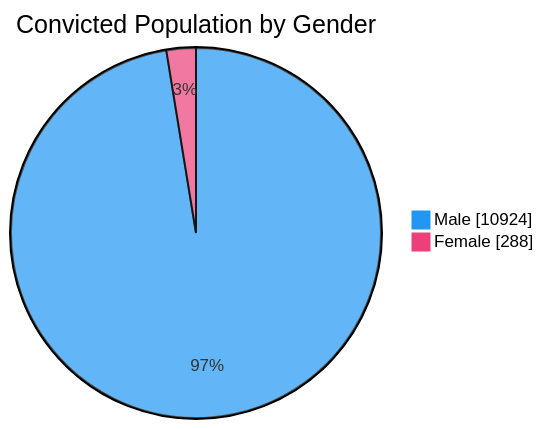
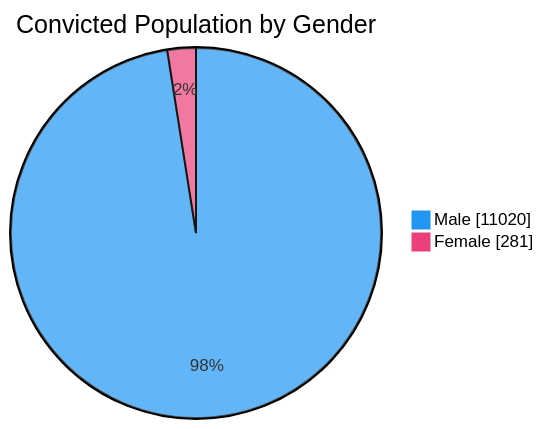
One commit to nuuuwan/lk_prisons changed the third of 7 diagrams in README.md. Above: the diagram before and after it, drawn with Mermaid. The commit also changed other lines of this file and 1 other file, not shown here.

````diff
--- a/README.md
+++ b/README.md
@@ -65,6 +65,6 @@
 ```mermaid
 %%{init: {'themeVariables': {'pie1': '#2196F3', 'pie2': '#EC407A'}}}%%
 pie showData title Convicted Population by Gender
-    "Male" : 10924
-    "Female" : 288
+    "Male" : 11020
+    "Female" : 281
 ```
````
